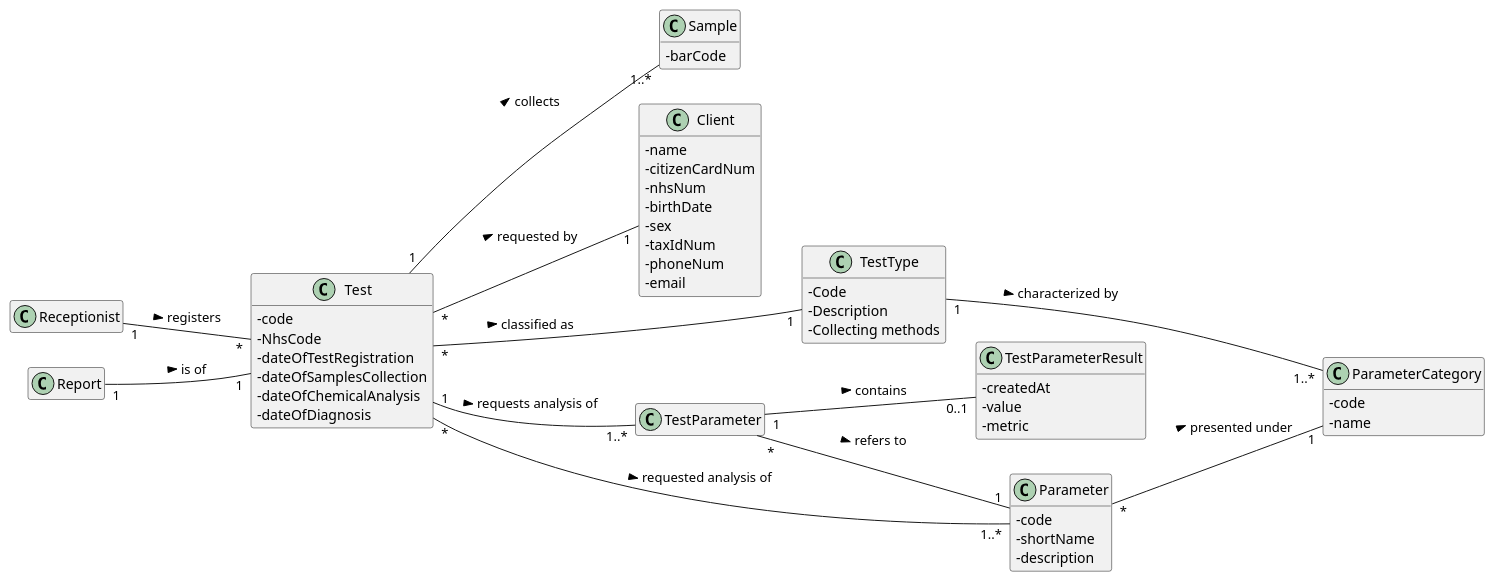
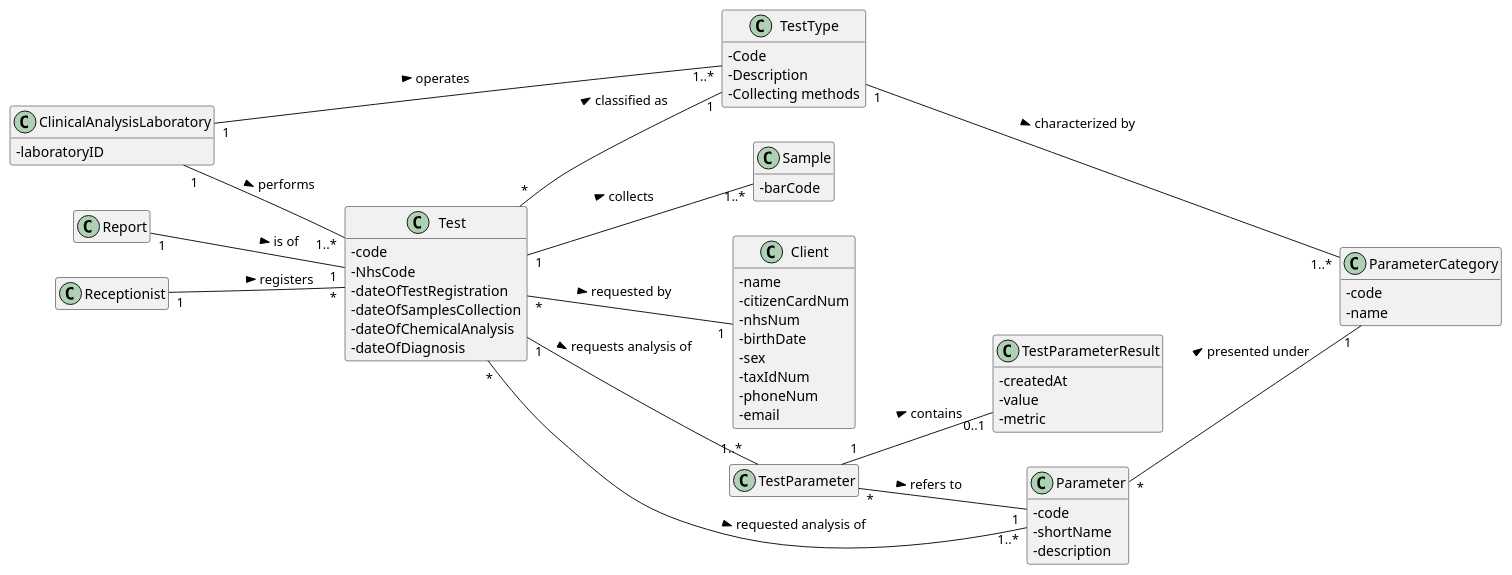
One commit to ana-albergaria/LAPR2-ISEP changed the diagram in docs/SprintC/US_4/US4_DM.puml. Above: the diagram before and after it, drawn with PlantUML. The commit also changed 4 other files, not shown here.

```diff
--- a/docs/SprintC/US_4/US4_DM.puml
+++ b/docs/SprintC/US_4/US4_DM.puml
@@ -1,67 +1,74 @@
 @startuml
 
 left to right direction
 skinparam classAttributeIconSize 0
 hide empty methods
 hide empty attributes
 
 class Test{
 - code
 - NhsCode
 - dateOfTestRegistration
 - dateOfSamplesCollection
 - dateOfChemicalAnalysis
 - dateOfDiagnosis
 }
 
 class ParameterCategory{
   -code
   -name
 }
 
 class Receptionist{}
 
 class Sample{
 - barCode
 }
 
 class Client{
 - name
 - citizenCardNum
 - nhsNum
 - birthDate
 - sex
 - taxIdNum
 - phoneNum
 - email
 }
 class TestParameter{}
 class TestParameterResult{
 - createdAt
 - value
 - metric
 }
 class TestType{
 - Code
 - Description
 - Collecting methods
 }
 
 class Parameter{
 - code
 - shortName
 - description
 }
 
+class ClinicalAnalysisLaboratory{
+- laboratoryID
+}
+
 Test "*" -- "1" TestType : classified as >
 Report "1" -- "1" Test : is of >
 Test "*" -- "1" Client : requested by >
 Test "*" -- "1..*" Parameter : requested analysis of >
 Receptionist "1" -- "*" Test : registers >
 Parameter "*" -- "1" ParameterCategory: presented under >
 TestType "1" -- "1..*" ParameterCategory : characterized by >
 Test "1" -- "1..*" Sample : collects >
 Test "1" -- "1..*" TestParameter : requests analysis of >
 TestParameter "*" -- "1" Parameter : refers to >
 TestParameter "1" -- "0..1" TestParameterResult : contains >
+ClinicalAnalysisLaboratory "1" -- "1..*" TestType : operates >
+ClinicalAnalysisLaboratory "1" -- "1..*" Test : performs >
+
 @enduml
```
